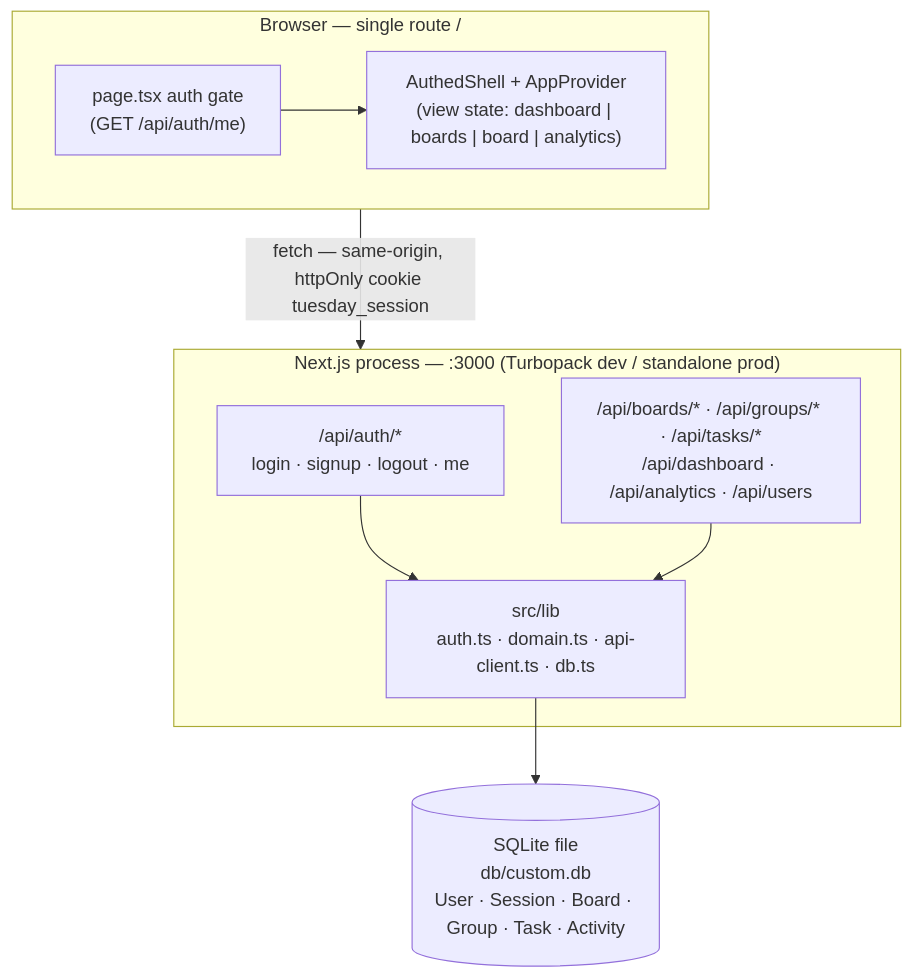
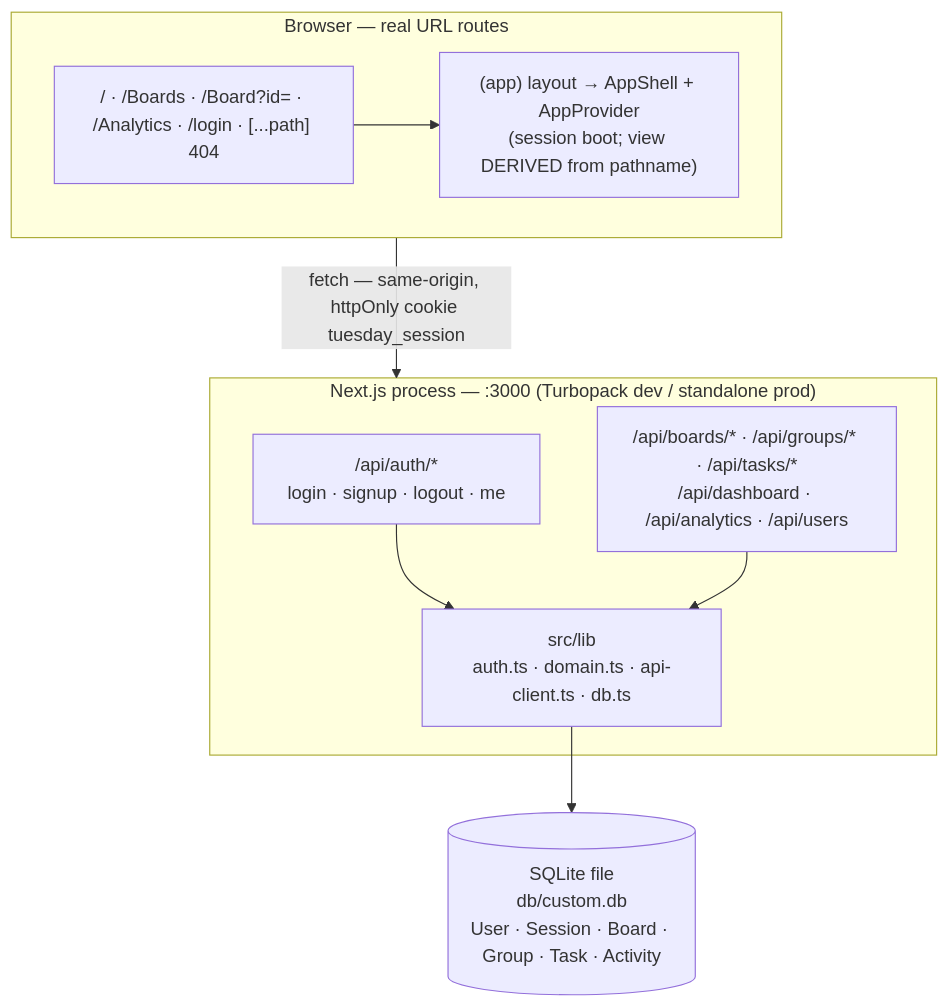
One commit to nordeim/task-management changed the first of 2 diagrams in Project_Architecture_Document.md. Above: the diagram before and after it, drawn with Mermaid. The commit also changed other lines of this file and 4 other files, not shown here.

````diff
--- a/Project_Architecture_Document.md
+++ b/Project_Architecture_Document.md
@@ -325,21 +394,21 @@
 ```mermaid
 flowchart TB
-    subgraph Browser["Browser — single route /"]
-        Gate["page.tsx auth gate\n(GET /api/auth/me)"]
-        Shell["AuthedShell + AppProvider\n(view state: dashboard | boards | board | analytics)"]
-        Gate --> Shell
+    subgraph Browser["Browser — real URL routes"]
+        Routes["/ · /Boards · /Board?id= · /Analytics · /login · [...path] 404"]
+        Shell["(app) layout → AppShell + AppProvider\n(session boot; view DERIVED from pathname)"]
+        Routes --> Shell
     end
 
     subgraph NextServer["Next.js process — :3000 (Turbopack dev / standalone prod)"]
         APIAuth["/api/auth/*\nlogin · signup · logout · me"]
         APIData["/api/boards/* · /api/groups/* · /api/tasks/*\n/api/dashboard · /api/analytics · /api/users"]
         Libs["src/lib\nauth.ts · domain.ts · api-client.ts · db.ts"]
     end
 
     SQLite[("SQLite file\ndb/custom.db\nUser · Session · Board · Group · Task · Activity")]
 
     Browser -->|"fetch — same-origin, httpOnly cookie tuesday_session"| NextServer
     APIAuth --> Libs
     APIData --> Libs
     Libs --> SQLite
 ```
````
